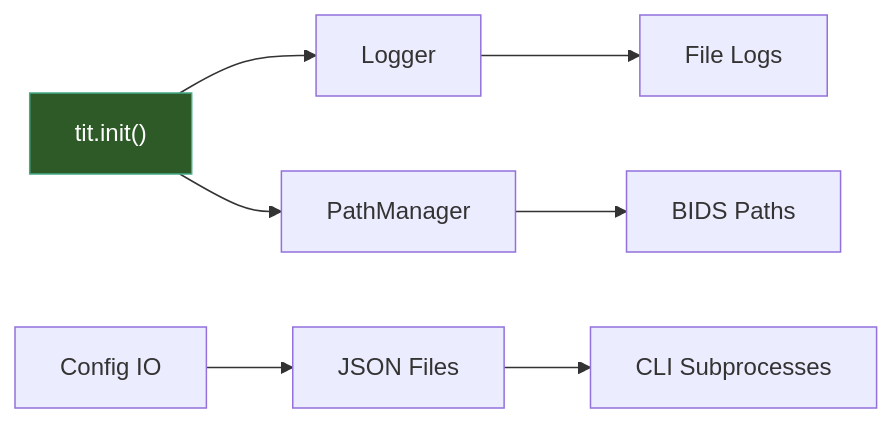
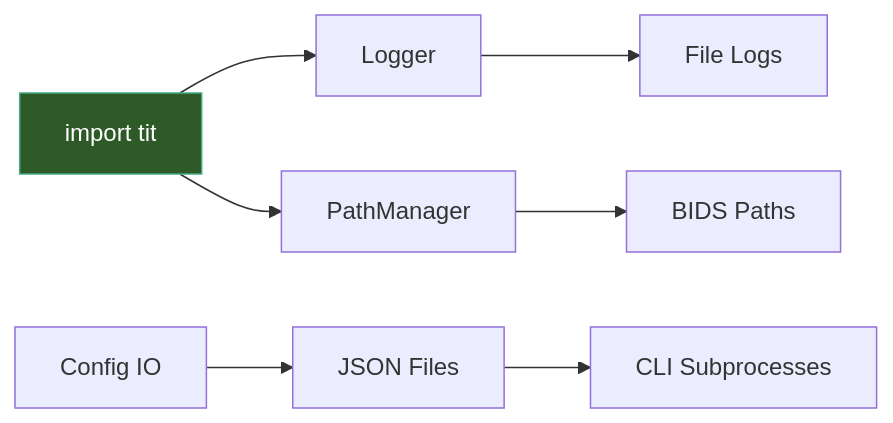
Before and after one commit to idossha/TI-Toolbox: the diagram in docs/api_mkdocs/docs/pipeline/core.md, drawn with Mermaid. The commit also changed other lines of this file and 163 other files, not shown here.

````diff
--- a/docs/api_mkdocs/docs/pipeline/core.md
+++ b/docs/api_mkdocs/docs/pipeline/core.md
@@ -5,10 +5,10 @@
 ```mermaid
 graph LR
-    INIT["tit.init()"] --> LOG[Logger]
-    INIT --> PM[PathManager]
+    IMPORT["import tit"] --> LOG[Logger]
+    IMPORT --> PM[PathManager]
     PM --> PATHS[BIDS Paths]
     LOG --> FILE[File Logs]
     CONFIG[Config IO] --> JSON[JSON Files]
     JSON --> CLI[CLI Subprocesses]
-    style INIT fill:#2d5a27,stroke:#4a8,color:#fff
+    style IMPORT fill:#2d5a27,stroke:#4a8,color:#fff
 ```
````
